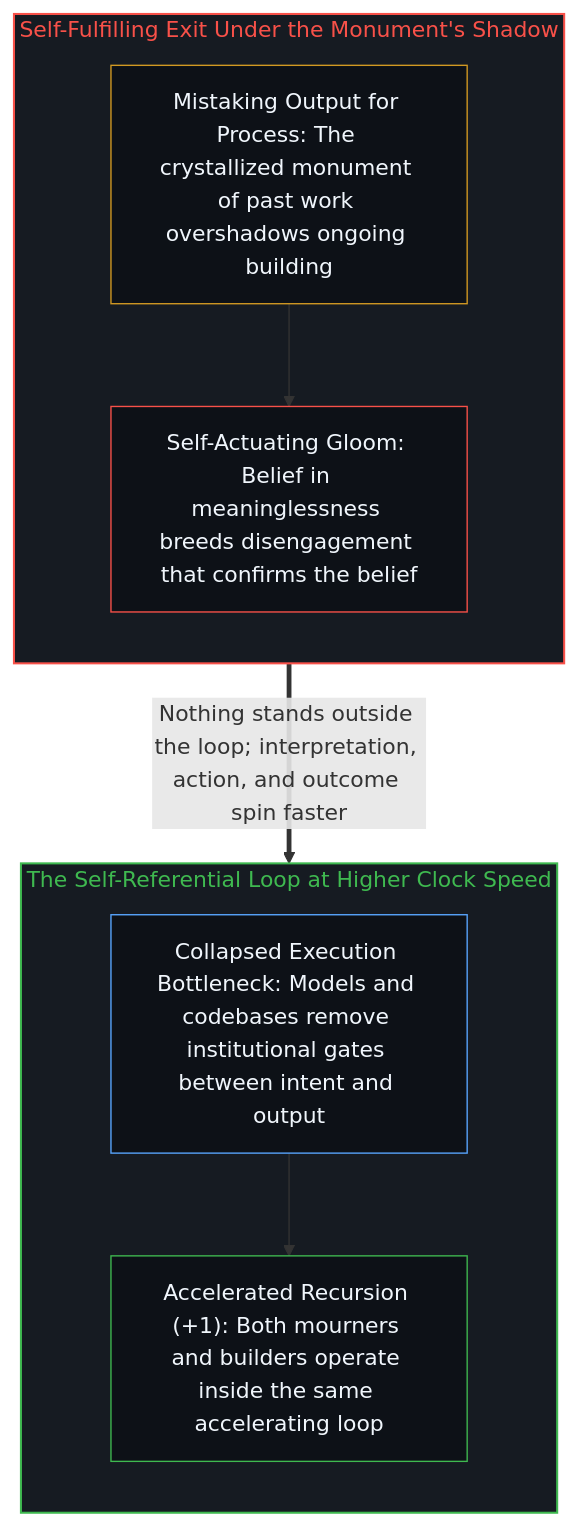
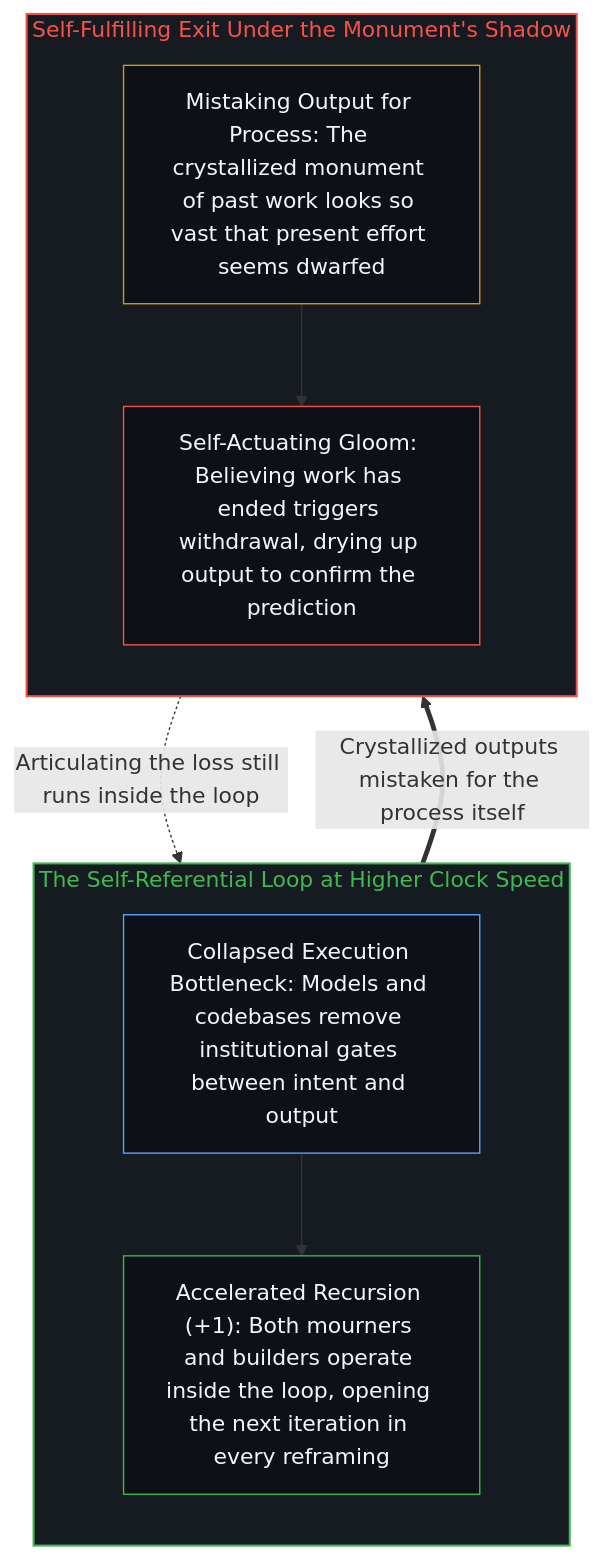
The second of 2 diagrams in content/posts/the-loop-accelerates.md (powerpig99/not-a-toe), drawn with Mermaid before and after one commit. The commit also changed other lines of this file and 7 other files, not shown here.

````diff
--- a/content/posts/the-loop-accelerates.md
+++ b/content/posts/the-loop-accelerates.md
@@ -42,22 +43,23 @@
 ```mermaid
 flowchart TD
-    subgraph S_Mourn["Self-Fulfilling Exit Under the Monument's Shadow"]
-        direction TB
-        Monument["Mistaking Output for Process: The crystallized monument of past work overshadows ongoing building"]
-        Disengage["Self-Actuating Gloom: Belief in meaninglessness breeds disengagement that confirms the belief"]
-        Monument --> Disengage
-    end
     subgraph S_Loop["The Self-Referential Loop at Higher Clock Speed"]
         direction TB
         Collapse["Collapsed Execution Bottleneck: Models and codebases remove institutional gates between intent and output"]
-        Spin["Accelerated Recursion (+1): Both mourners and builders operate inside the same accelerating loop"]
+        Spin["Accelerated Recursion (+1): Both mourners and builders operate inside the loop, opening the next iteration in every reframing"]
         Collapse --> Spin
     end
-    Disengage ==>|"Nothing stands outside the loop; interpretation, action, and outcome spin faster"| Collapse
+    subgraph S_Mourn["Self-Fulfilling Exit Under the Monument's Shadow"]
+        direction TB
+        Monument["Mistaking Output for Process: The crystallized monument of past work looks so vast that present effort seems dwarfed"]
+        Disengage["Self-Actuating Gloom: Believing work has ended triggers withdrawal, drying up output to confirm the prediction"]
+        Monument --> Disengage
+    end
+    Spin ==>|"Crystallized outputs mistaken for the process itself"| Monument
+    Disengage -.->|"Articulating the loss still runs inside the loop"| Spin
+    style S_Loop fill:#161b22,stroke:#3fb950,stroke-width:1.5px,color:#3fb950
     style S_Mourn fill:#161b22,stroke:#f85149,stroke-width:1.5px,color:#f85149
-    style S_Loop fill:#161b22,stroke:#3fb950,stroke-width:1.5px,color:#3fb950
+    style Collapse fill:#0d1117,stroke:#58a6ff,stroke-width:1px,color:#f0f6fc
+    style Spin fill:#0d1117,stroke:#3fb950,stroke-width:1px,color:#f0f6fc
     style Monument fill:#0d1117,stroke:#d29922,stroke-width:1px,color:#f0f6fc
     style Disengage fill:#0d1117,stroke:#f85149,stroke-width:1px,color:#f0f6fc
-    style Collapse fill:#0d1117,stroke:#58a6ff,stroke-width:1px,color:#f0f6fc
-    style Spin fill:#0d1117,stroke:#3fb950,stroke-width:1px,color:#f0f6fc
 ```
````
